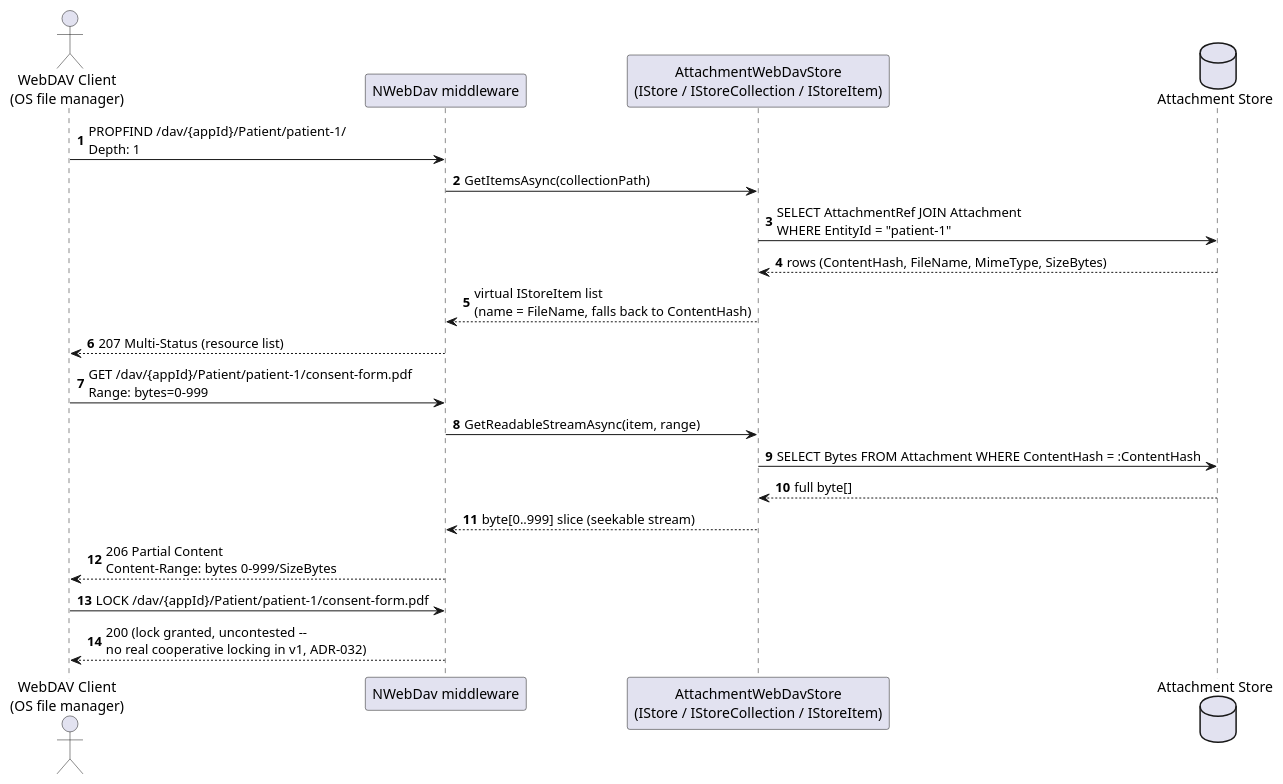
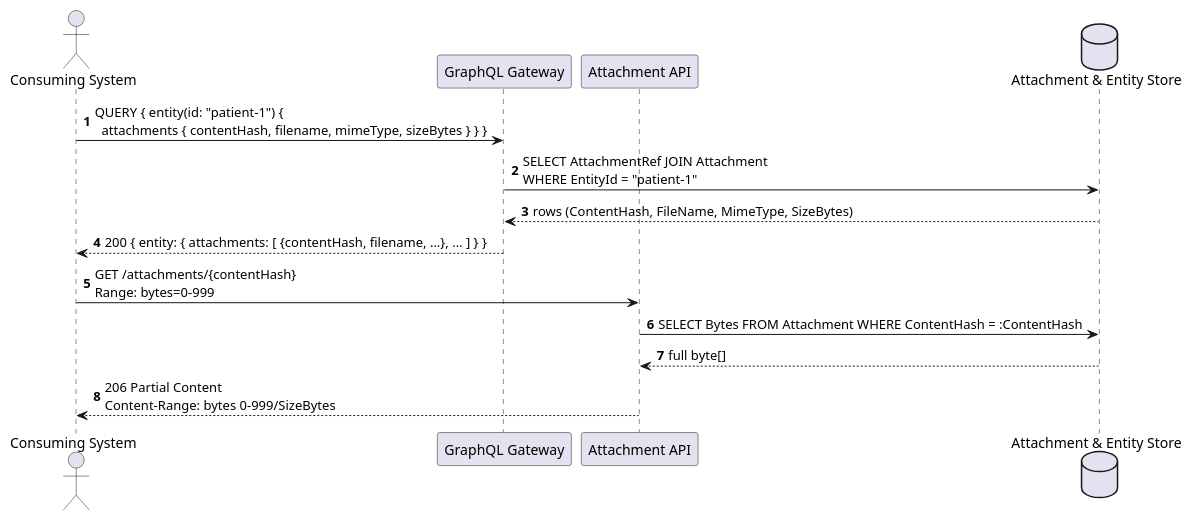
One commit to Mwwhited-BookLearning/EventSourcing changed the second of 3 diagrams in docs/features/binary-attachments.md. Above: the diagram before and after it, drawn with PlantUML. The commit also changed other lines of this file and 34 other files, not shown here.

````diff
--- a/docs/features/binary-attachments.md
+++ b/docs/features/binary-attachments.md
@@ -72,26 +80,19 @@
 ```plantuml
-@startuml BinaryAttachments_WebDAV_Sequence
+@startuml BinaryAttachments_Browse_Sequence
 autonumber
-actor "WebDAV Client\n(OS file manager)" as client
-participant "NWebDav middleware" as webdav
-participant "AttachmentWebDavStore\n(IStore / IStoreCollection / IStoreItem)" as davStore
-database "Attachment Store" as db
+actor "Consuming System" as follower
+participant "GraphQL Gateway" as graphql
+participant "Attachment API" as attachApi
+database "Attachment & Entity Store" as db
 
-client -> webdav: PROPFIND /dav/{appId}/Patient/patient-1/\nDepth: 1
-webdav -> davStore: GetItemsAsync(collectionPath)
-davStore -> db: SELECT AttachmentRef JOIN Attachment\nWHERE EntityId = "patient-1"
-db --> davStore: rows (ContentHash, FileName, MimeType, SizeBytes)
-davStore --> webdav: virtual IStoreItem list\n(name = FileName, falls back to ContentHash)
-webdav --> client: 207 Multi-Status (resource list)
+follower -> graphql: QUERY { entity(id: "patient-1") {\n  attachments { contentHash, filename, mimeType, sizeBytes } } }
+graphql -> db: SELECT AttachmentRef JOIN Attachment\nWHERE EntityId = "patient-1"
+db --> graphql: rows (ContentHash, FileName, MimeType, SizeBytes)
+graphql --> follower: 200 { entity: { attachments: [ {contentHash, filename, ...}, ... ] } }
 
-client -> webdav: GET /dav/{appId}/Patient/patient-1/consent-form.pdf\nRange: bytes=0-999
-webdav -> davStore: GetReadableStreamAsync(item, range)
-davStore -> db: SELECT Bytes FROM Attachment WHERE ContentHash = :ContentHash
-db --> davStore: full byte[]
-davStore --> webdav: byte[0..999] slice (seekable stream)
-webdav --> client: 206 Partial Content\nContent-Range: bytes 0-999/SizeBytes
-
-client -> webdav: LOCK /dav/{appId}/Patient/patient-1/consent-form.pdf
-webdav --> client: 200 (lock granted, uncontested --\nno real cooperative locking in v1, ADR-032)
+follower -> attachApi: GET /attachments/{contentHash}\nRange: bytes=0-999
+attachApi -> db: SELECT Bytes FROM Attachment WHERE ContentHash = :ContentHash
+db --> attachApi: full byte[]
+attachApi --> follower: 206 Partial Content\nContent-Range: bytes 0-999/SizeBytes
 @enduml
 ```
````
